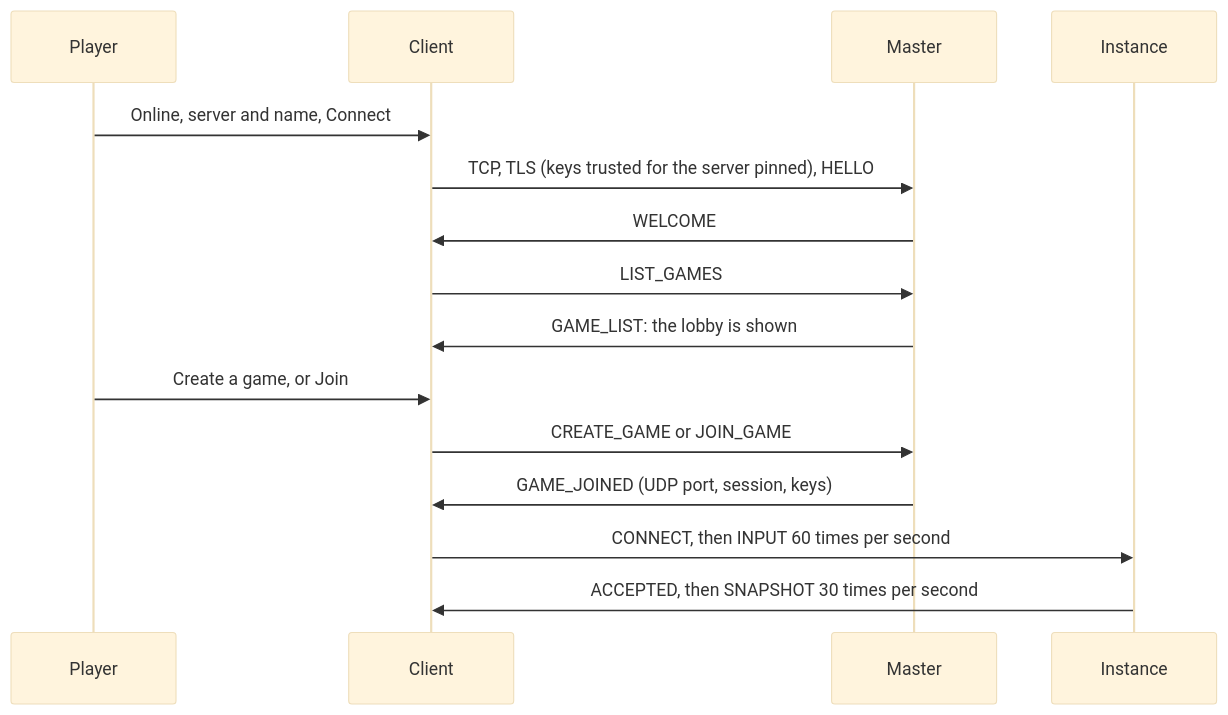
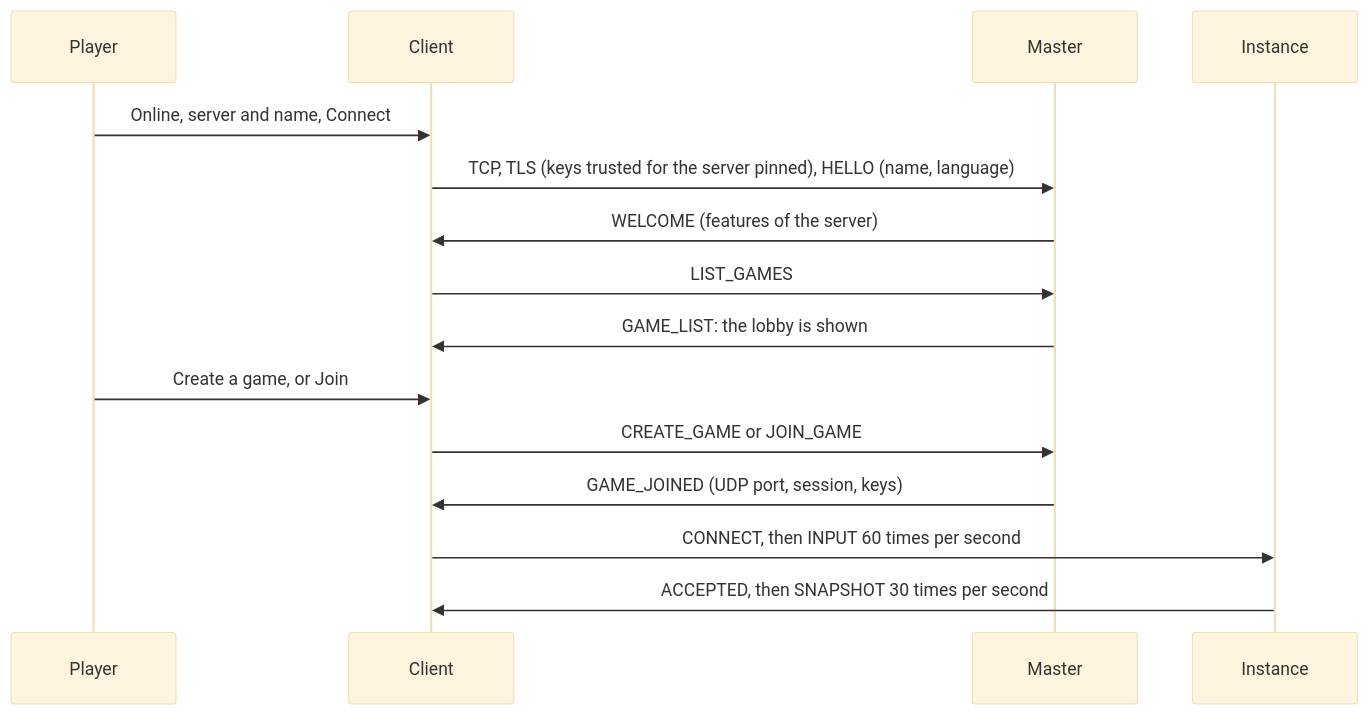
One commit to Akinator31/Rtype changed the diagram in docs/architecture/client-online.md. Above: the diagram before and after it, drawn with Mermaid (base theme). The commit also changed other lines of this file and 5 other files, not shown here.

Commit message:
docs: lobby protocol 3, with a sequence diagram for each flow of the accounts

````diff
--- a/docs/architecture/client-online.md
+++ b/docs/architecture/client-online.md
@@ -26,17 +26,17 @@
 ```mermaid
 sequenceDiagram
     participant P as Player
     participant C as Client
     participant M as Master
     participant I as Instance
     P->>C: Online, server and name, Connect
-    C->>M: TCP, TLS (keys trusted for the server pinned), HELLO
-    M->>C: WELCOME
+    C->>M: TCP, TLS (keys trusted for the server pinned), HELLO (name, language)
+    M->>C: WELCOME (features of the server)
     C->>M: LIST_GAMES
     M->>C: GAME_LIST: the lobby is shown
     P->>C: Create a game, or Join
     C->>M: CREATE_GAME or JOIN_GAME
     M->>C: GAME_JOINED (UDP port, session, keys)
     C->>I: CONNECT, then INPUT 60 times per second
     I->>C: ACCEPTED, then SNAPSHOT 30 times per second
 ```
````
